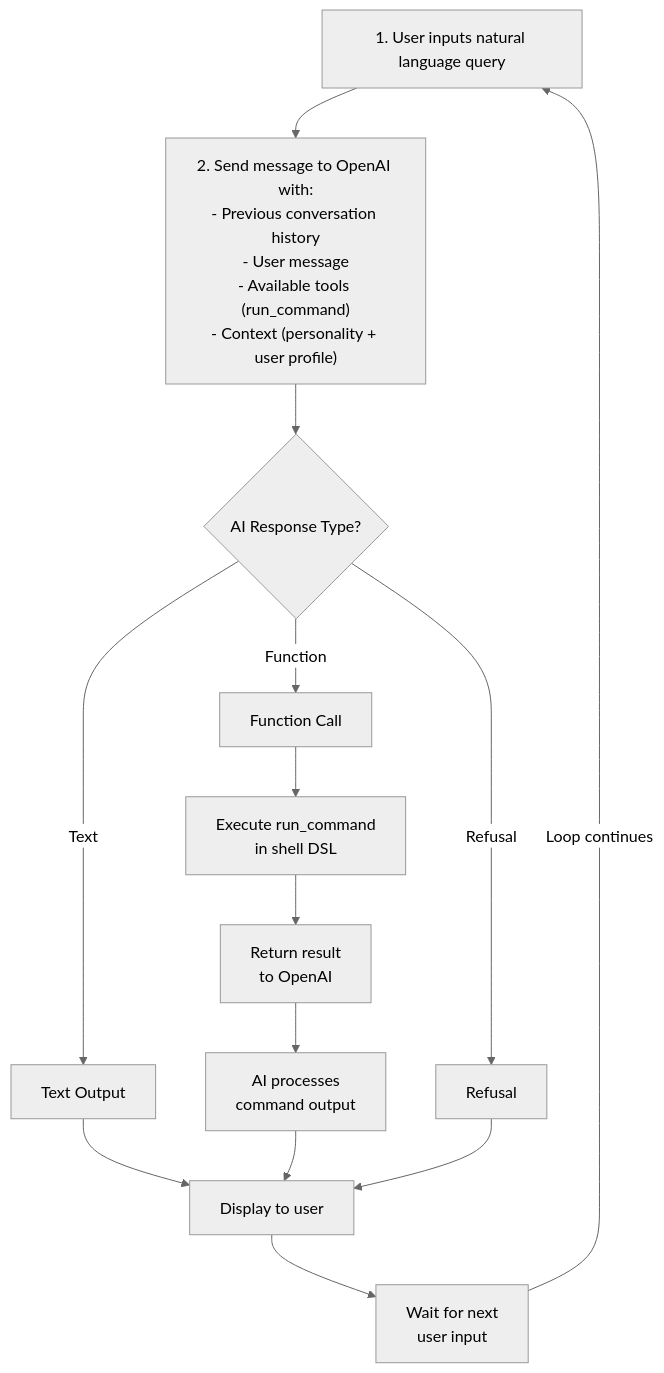
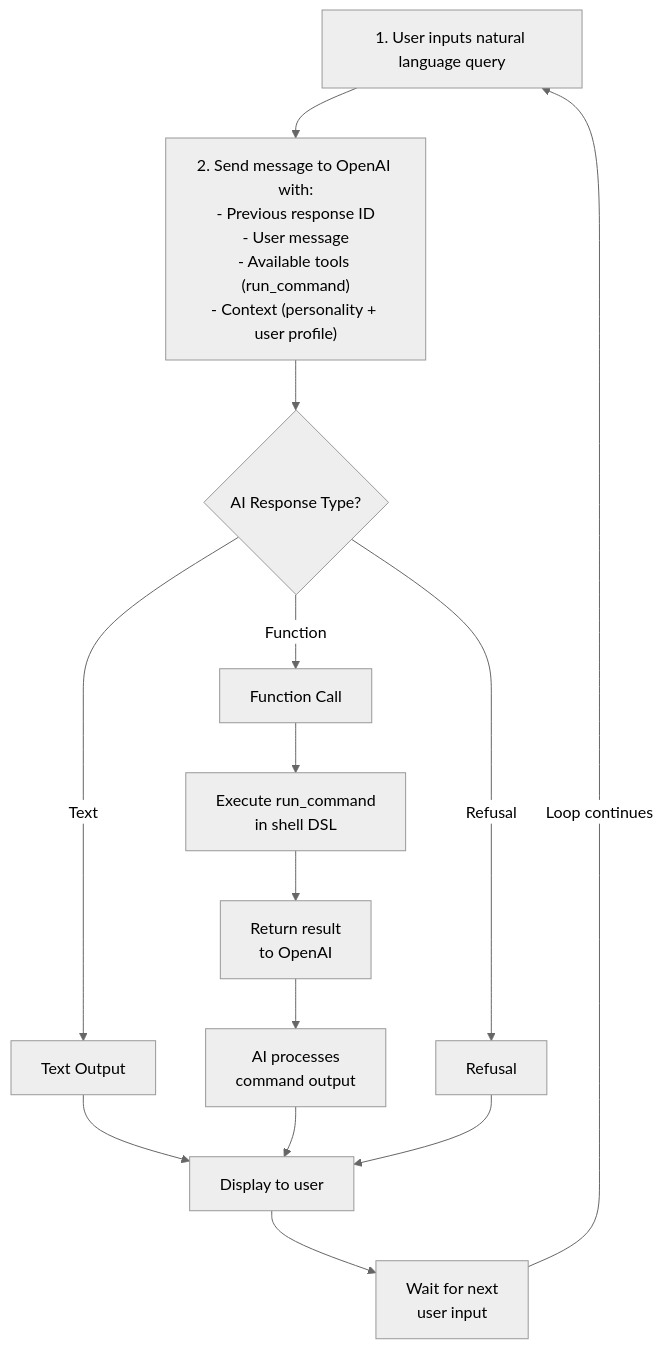
Before and after one commit to RoundRobinHood/cogniflight-cloud: the third of 4 diagrams in docs/Task5.md, drawn with Mermaid (neutral theme). The commit also changed other lines of this file, not shown here.

````diff
--- a/docs/Task5.md
+++ b/docs/Task5.md
@@ -66,31 +66,31 @@
 ```mermaid
 flowchart TD
     UserInput["1. User inputs natural language query"]
-    SendOpenAI["2. Send message to OpenAI with:<br/>- Previous conversation history<br/>- User message<br/>- Available tools (run_command)<br/>- Context (personality + user profile)"]
+    SendOpenAI["2. Send message to OpenAI with:<br/>- Previous response ID<br/>- User message<br/>- Available tools (run_command)<br/>- Context (personality + user profile)"]
     ResponseType{"AI Response Type?"}
     TextOutput["Text Output"]
     FunctionCall["Function Call"]
     Refusal["Refusal"]
     Execute["Execute run_command<br/>in shell DSL"]
     ReturnResult["Return result<br/>to OpenAI"]
     ProcessOutput["AI processes<br/>command output"]
     Display["Display to user"]
     WaitInput["Wait for next<br/>user input"]
 
     UserInput --> SendOpenAI
     SendOpenAI --> ResponseType
     ResponseType -->|Text| TextOutput
     ResponseType -->|Function| FunctionCall
     ResponseType -->|Refusal| Refusal
 
     FunctionCall --> Execute
     Execute --> ReturnResult
     ReturnResult --> ProcessOutput
 
     TextOutput --> Display
     ProcessOutput --> Display
     Refusal --> Display
 
     Display --> WaitInput
     WaitInput -->|Loop continues| UserInput
 ```
````
